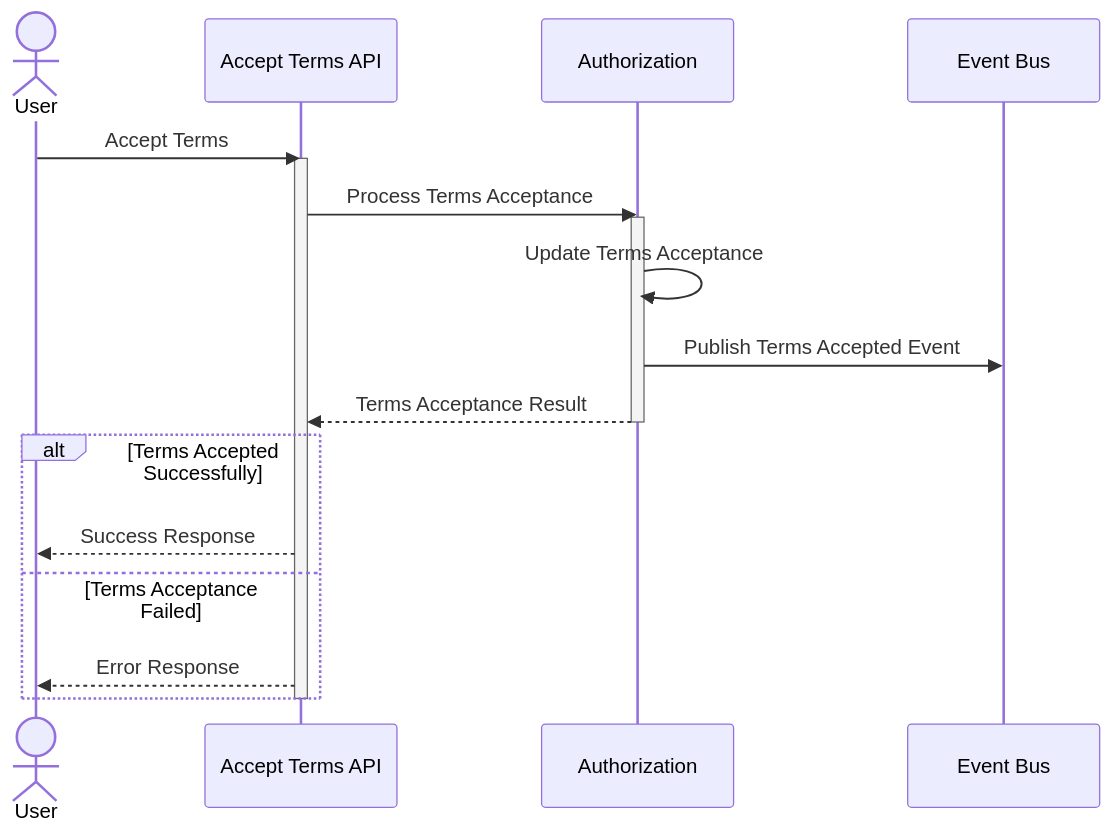
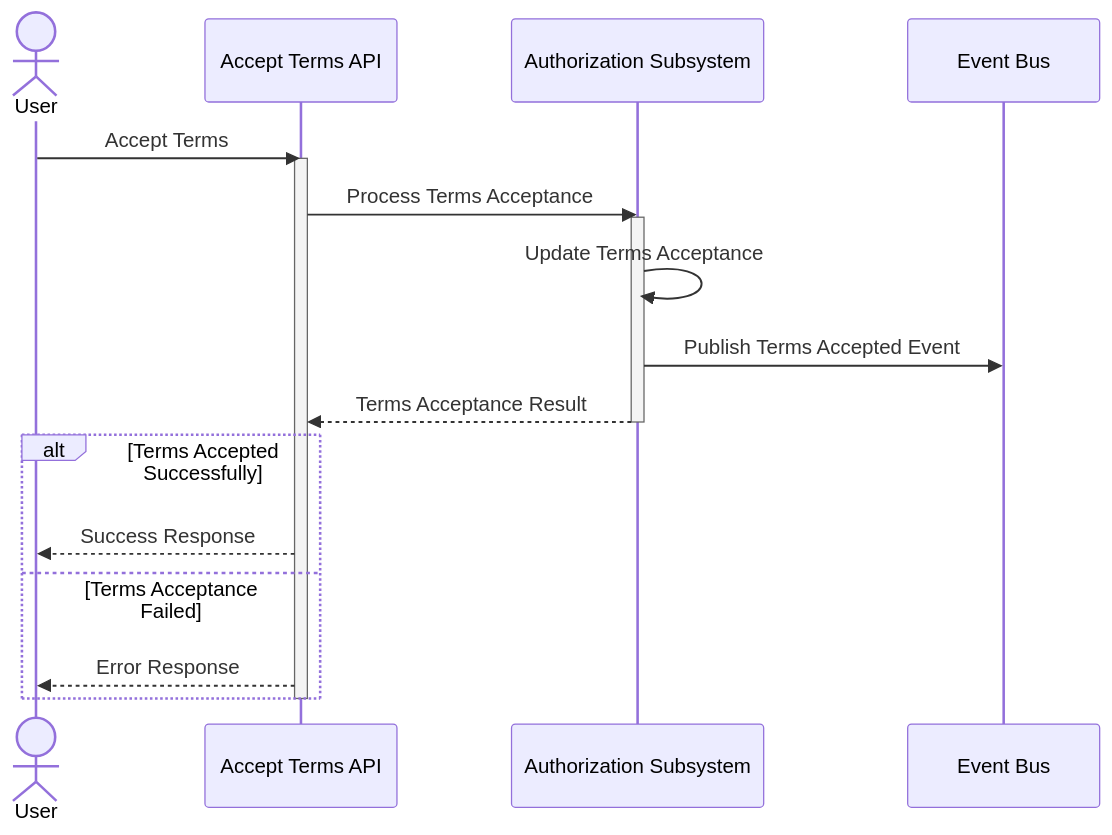
Before and after one commit to Energinet-DataHub/energy-origin: the sixth of 8 diagrams in doc/architecture/domains/authorization.md, drawn with Mermaid. The commit also changed other lines of this file, not shown here.

````diff
--- a/doc/architecture/domains/authorization.md
+++ b/doc/architecture/domains/authorization.md
@@ -190,25 +190,25 @@
 ```mermaid
 sequenceDiagram
     actor User
     participant API as Accept Terms API
-    participant Backend as Authorization
+    participant Backend as Authorization Subsystem
     participant EventBus as Event Bus
 
     User->>API: Accept Terms
     activate API
     API->>Backend: Process Terms Acceptance
     activate Backend
 
     Backend->>Backend: Update Terms Acceptance
 
     Backend->>EventBus: Publish Terms Accepted Event
     Backend-->>API: Terms Acceptance Result
     deactivate Backend
 
     alt Terms Accepted Successfully
         API-->>User: Success Response
     else Terms Acceptance Failed
         API-->>User: Error Response
     end
     deactivate API
 ```
````
